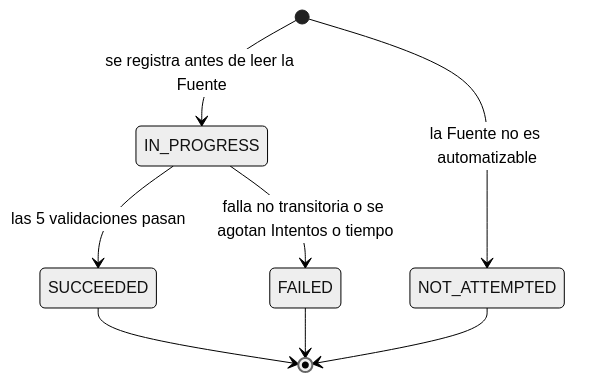
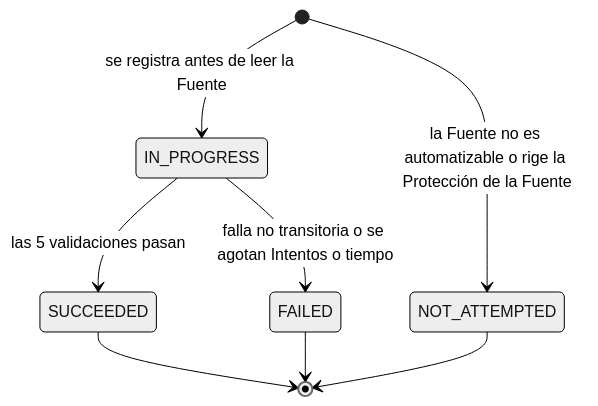
The fourth of 6 diagrams in docs/modelo-de-dominio.md (IvanDaniliuk01/MatriculAR), drawn with Mermaid (neutral theme) before and after one commit. The commit also changed other lines of this file and 62 other files, not shown here.

````diff
--- a/docs/modelo-de-dominio.md
+++ b/docs/modelo-de-dominio.md
@@ -264,10 +316,10 @@
 ```mermaid
 stateDiagram-v2
     [*] --> IN_PROGRESS : se registra antes de leer la Fuente
     IN_PROGRESS --> SUCCEEDED : las 5 validaciones pasan
     IN_PROGRESS --> FAILED : falla no transitoria o se agotan Intentos o tiempo
-    [*] --> NOT_ATTEMPTED : la Fuente no es automatizable
+    [*] --> NOT_ATTEMPTED : la Fuente no es automatizable o rige la Protección de la Fuente
     SUCCEEDED --> [*]
     FAILED --> [*]
     NOT_ATTEMPTED --> [*]
 ```
````
